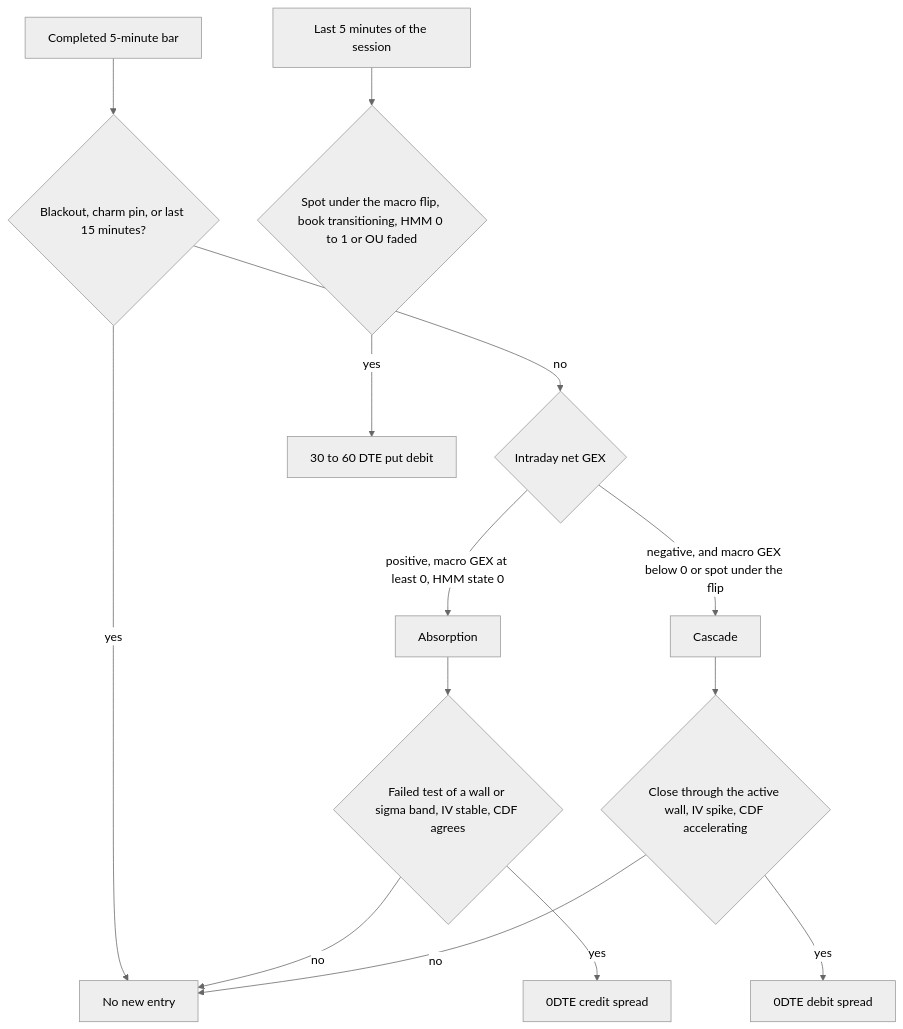
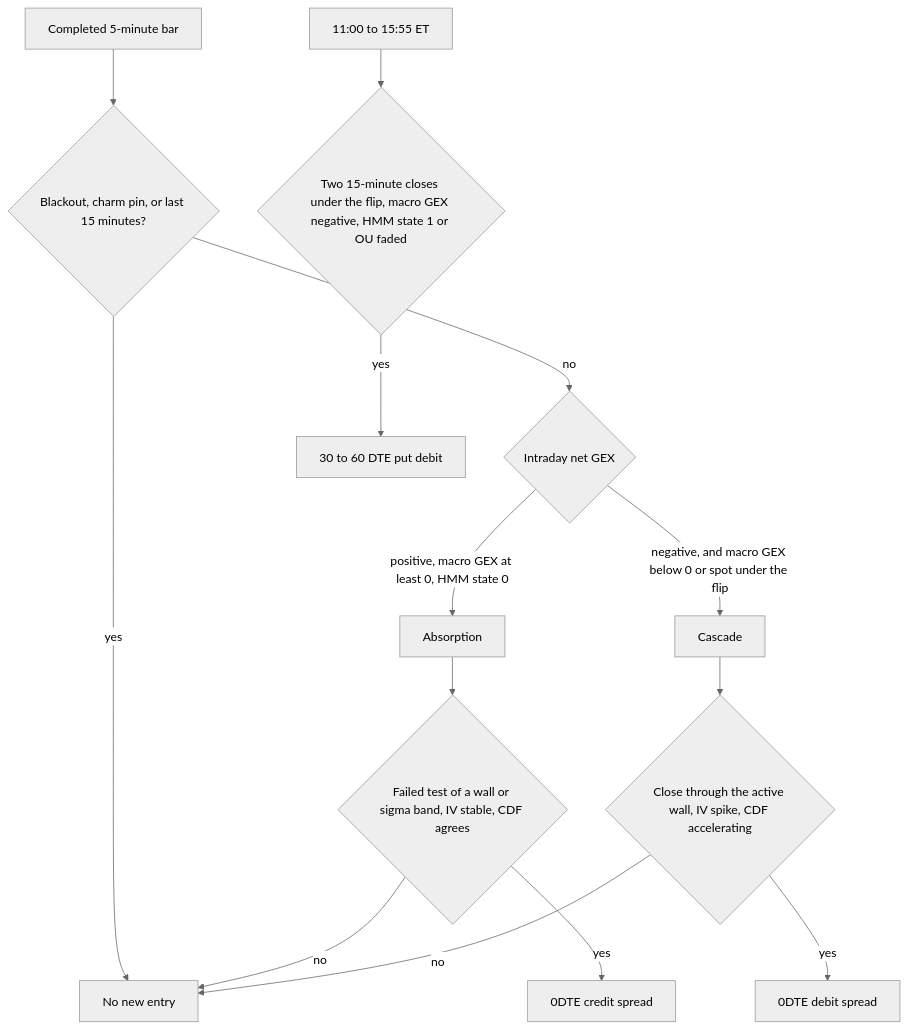
One commit to DBurca/GEXFlowTrader changed the third of 4 diagrams in README.md. Above: the diagram before and after it, drawn with Mermaid (neutral theme). The commit also changed other lines of this file and 9 other files, not shown here.

````diff
--- a/README.md
+++ b/README.md
@@ -149,21 +159,21 @@
 ```mermaid
 flowchart TD
   bar["Completed 5-minute bar"]
   bar --> guards{"Blackout, charm pin, or last 15 minutes?"}
   guards -->|yes| skip["No new entry"]
   guards -->|no| regime{"Intraday net GEX"}
 
   regime -->|"positive, macro GEX at least 0, HMM state 0"| absorb["Absorption"]
   regime -->|"negative, and macro GEX below 0 or spot under the flip"| cascade["Cascade"]
 
   absorb --> fade{"Failed test of a wall or sigma band, IV stable, CDF agrees"}
   fade -->|yes| credit["0DTE credit spread"]
   fade -->|no| skip
 
   cascade --> brk{"Close through the active wall, IV spike, CDF accelerating"}
   brk -->|yes| debit["0DTE debit spread"]
   brk -->|no| skip
 
-  settle["Last 5 minutes of the session"] --> macro{"Spot under the macro flip, book transitioning, HMM 0 to 1 or OU faded"}
+  window["11:00 to 15:55 ET"] --> macro{"Two 15-minute closes under the flip, macro GEX negative, HMM state 1 or OU faded"}
   macro -->|yes| swing["30 to 60 DTE put debit"]
 ```
````
